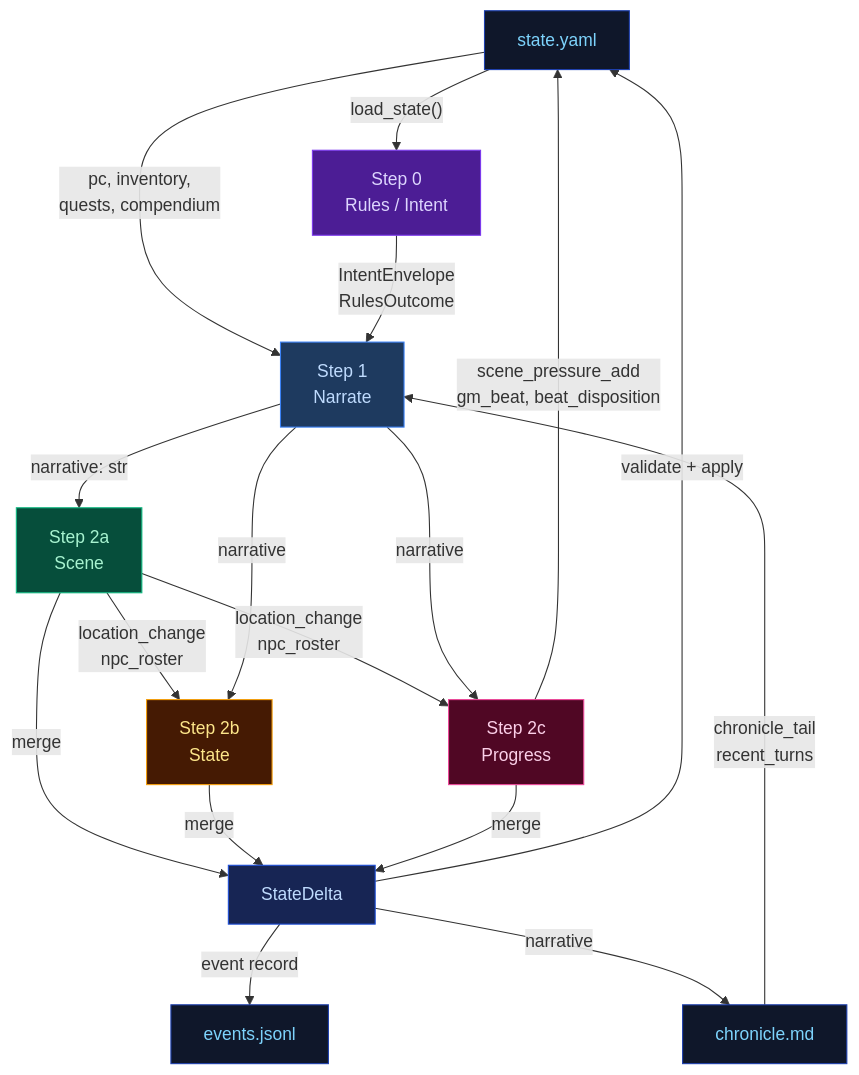
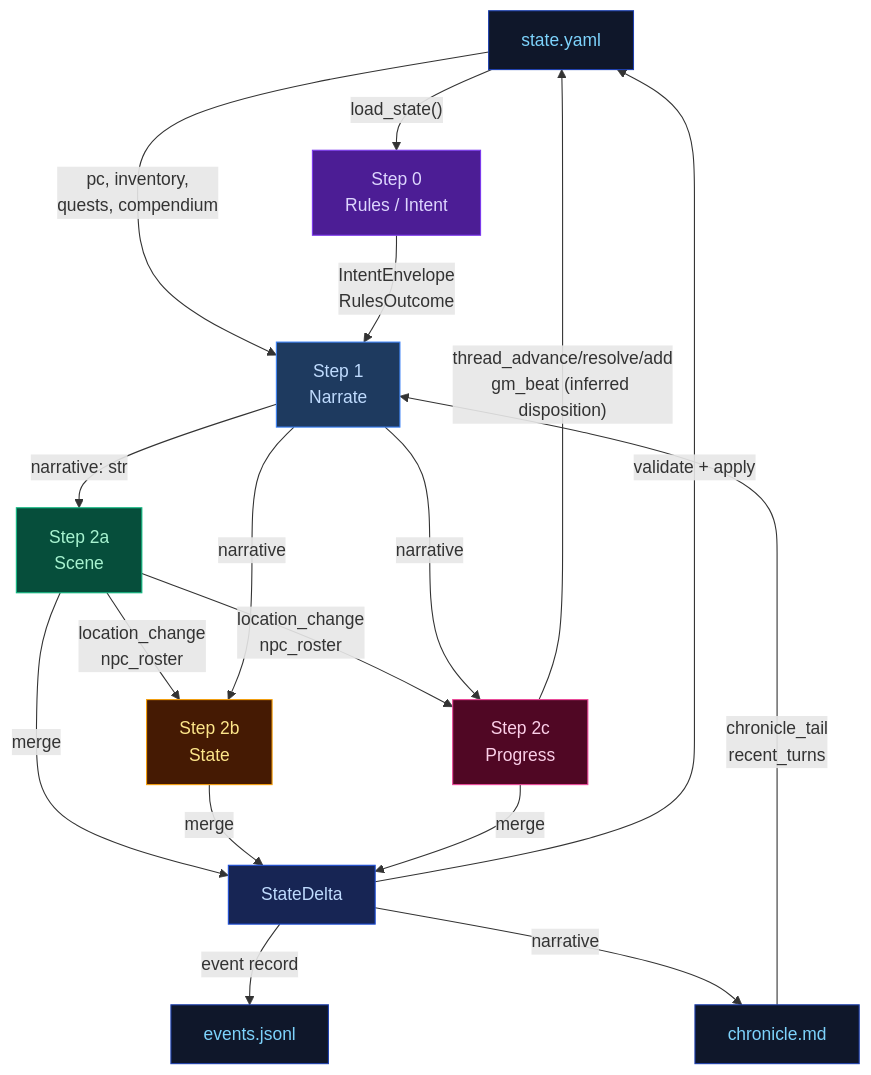
One commit to pww217/fablethread changed diagram 11 of 17 in docs/ARCHITECTURE.md. Above: the diagram before and after it, drawn with Mermaid. The commit also changed other lines of this file and 13 other files, not shown here.

````diff
--- a/docs/ARCHITECTURE.md
+++ b/docs/ARCHITECTURE.md
@@ -513,29 +471,29 @@
 ```mermaid
 flowchart TD
     classDef stageRules    fill:#4c1d95,color:#ddd6fe,stroke:#7c3aed
     classDef stageNarrate  fill:#1e3a5f,color:#bfdbfe,stroke:#3b82f6
     classDef stageScene    fill:#064e3b,color:#a7f3d0,stroke:#10b981
     classDef stageState    fill:#451a03,color:#fde68a,stroke:#f59e0b
     classDef stageProgress fill:#500724,color:#fbcfe8,stroke:#ec4899
     classDef storageNode   fill:#0f172a,color:#7dd3fc,stroke:#1e40af
     classDef mergeNode     fill:#172554,color:#bfdbfe,stroke:#1d4ed8
 
     STATE["state.yaml"]:::storageNode
     CHRONICLE["chronicle.md"]:::storageNode
     EVENTS["events.jsonl"]:::storageNode
 
     STATE -- "load_state()" --> STEP0["Step 0<br>Rules / Intent"]:::stageRules
     CHRONICLE -- "chronicle_tail<br>recent_turns" --> STEP1["Step 1<br>Narrate"]:::stageNarrate
     STATE -- "pc, inventory,<br>quests, compendium" --> STEP1
     STEP0 -- "IntentEnvelope<br>RulesOutcome" --> STEP1
     STEP1 -- "narrative: str" --> STEP2A["Step 2a<br>Scene"]:::stageScene
     STEP2A -- "location_change<br>npc_roster" --> STEP2B["Step 2b<br>State"]:::stageState
     STEP1 -- "narrative" --> STEP2B
     STEP2A -- "location_change<br>npc_roster" --> STEP2C["Step 2c<br>Progress"]:::stageProgress
     STEP1 -- "narrative" --> STEP2C
     STEP2A & STEP2B & STEP2C -- "merge" --> DELTA["StateDelta"]:::mergeNode
     DELTA -- "validate + apply" --> STATE
     DELTA -- "event record" --> EVENTS
     DELTA -- "narrative" --> CHRONICLE
-    STEP2C -- "scene_pressure_add<br>gm_beat, beat_disposition" --> STATE
+    STEP2C -- "thread_advance/resolve/add<br>gm_beat (inferred disposition)" --> STATE
 ```
````
